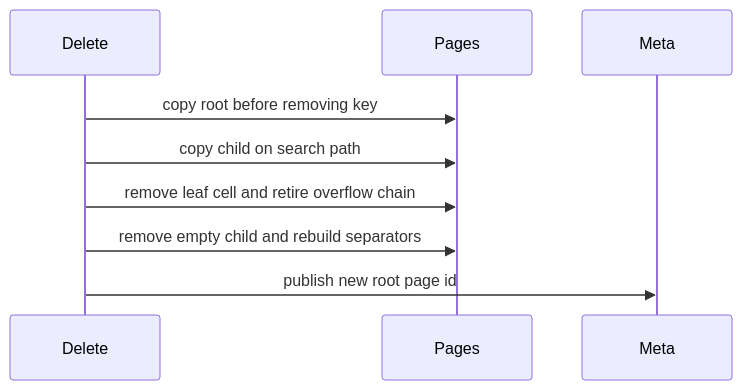
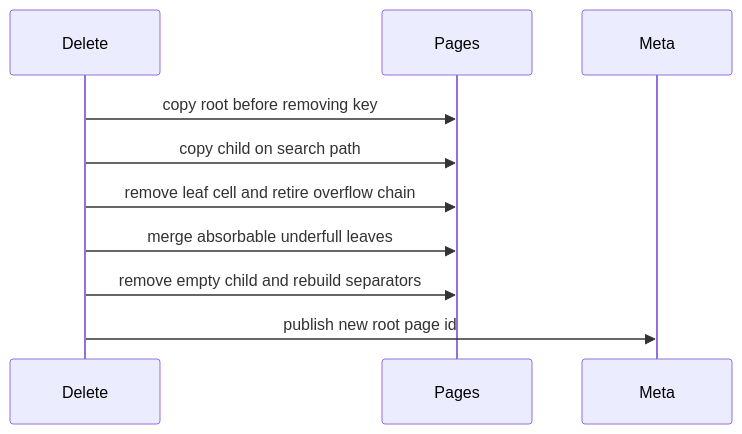
Before and after one commit to hadamrd/cow-btree-course: the fourth of 8 diagrams in docs/06-page-backed-cow.md, drawn with Mermaid. The commit also changed other lines of this file and 6 other files, not shown here.

Commit message:
feat: merge underfull btree leaves on delete

````diff
--- a/docs/06-page-backed-cow.md
+++ b/docs/06-page-backed-cow.md
@@ -96,11 +96,12 @@
 ```mermaid
 sequenceDiagram
     participant Delete
     participant Pages
     participant Meta
     Delete->>Pages: copy root before removing key
     Delete->>Pages: copy child on search path
     Delete->>Pages: remove leaf cell and retire overflow chain
+    Delete->>Pages: merge absorbable underfull leaves
     Delete->>Pages: remove empty child and rebuild separators
     Delete->>Meta: publish new root page id
 ```
````
